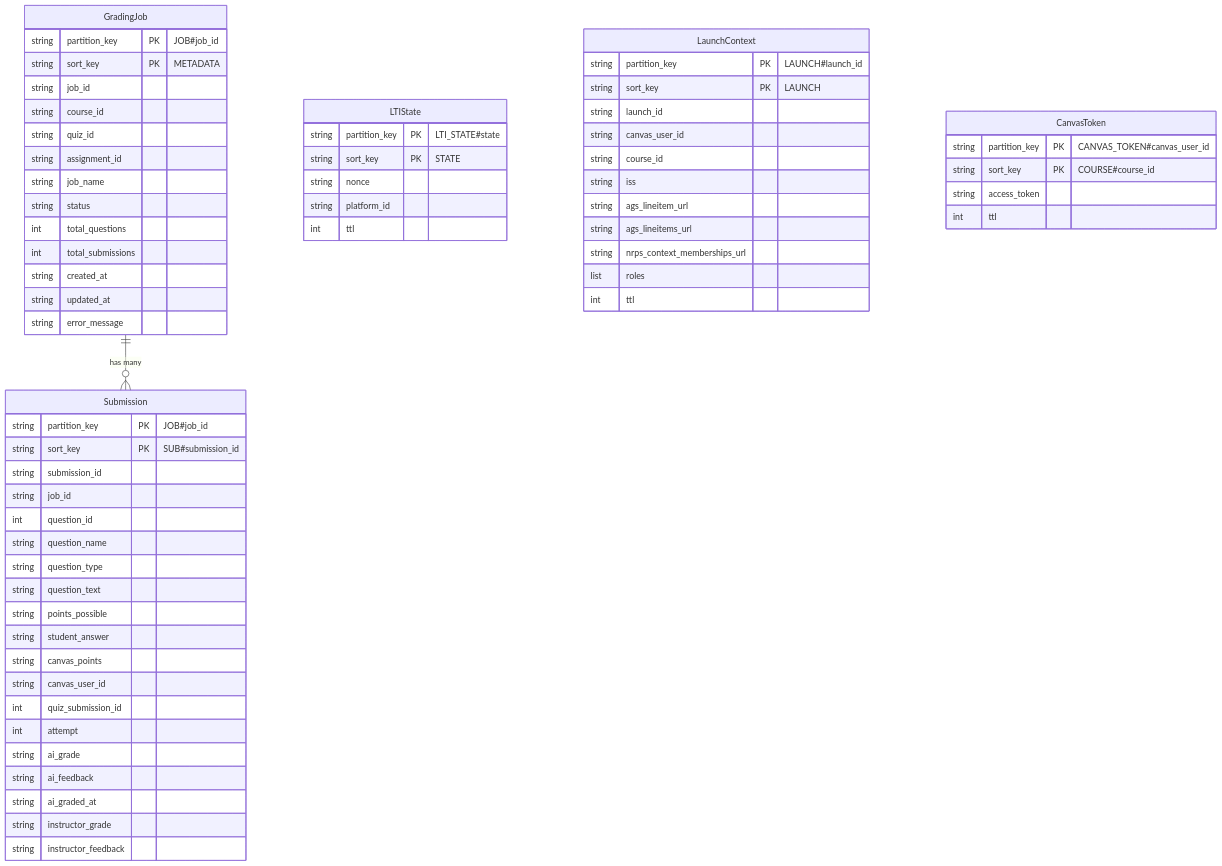
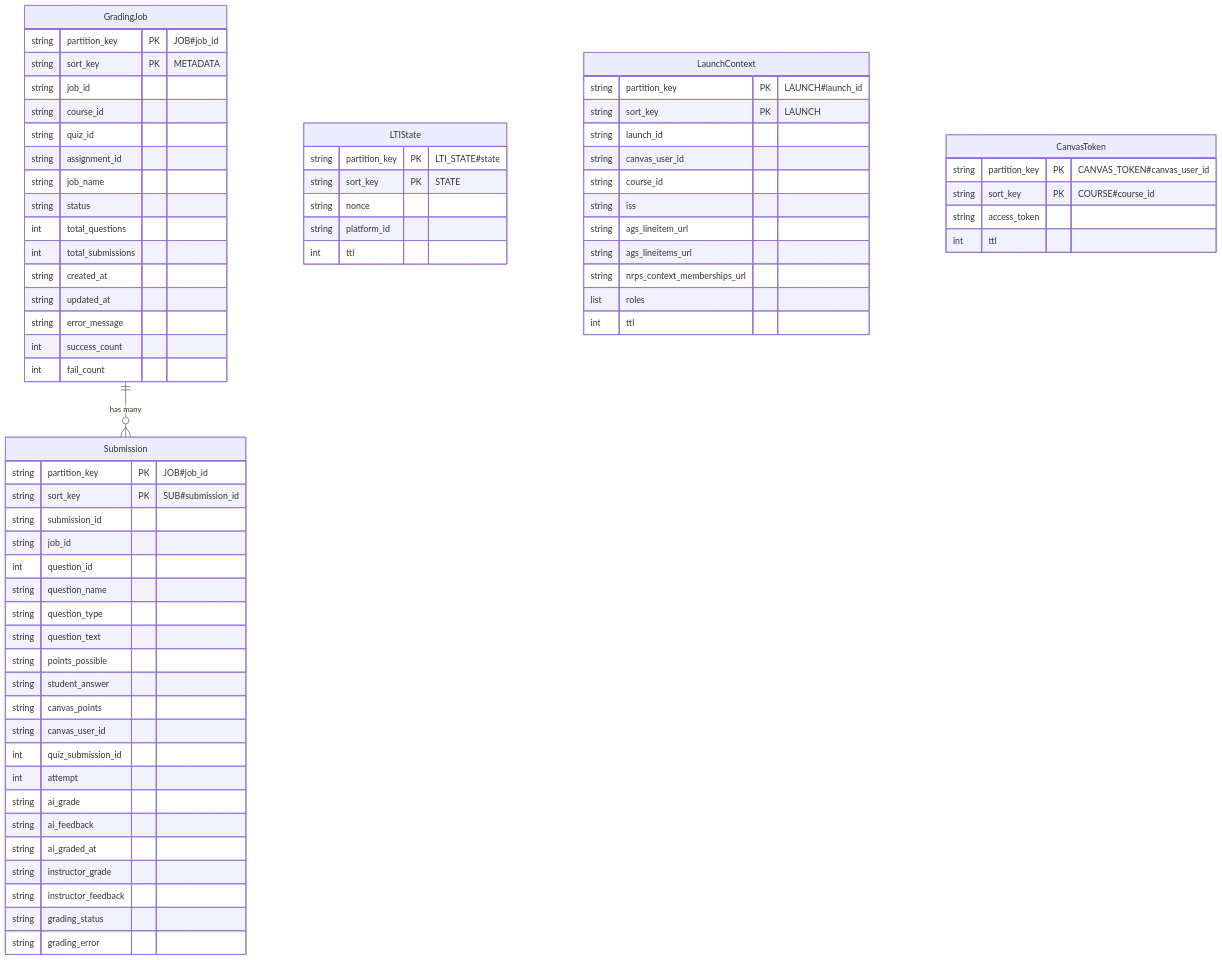
One commit to UBCForestryTLS/grading-helper-service changed the diagram in docs/data-models/index.md. Above: the diagram before and after it, drawn with Mermaid. The commit also changed other lines of this file and 5 other files, not shown here.

````diff
--- a/docs/data-models/index.md
+++ b/docs/data-models/index.md
@@ -9,71 +9,75 @@
 ```mermaid
 erDiagram
     GradingJob {
         string partition_key PK "JOB#job_id"
         string sort_key PK "METADATA"
         string job_id
         string course_id
         string quiz_id
         string assignment_id
         string job_name
         string status
         int total_questions
         int total_submissions
         string created_at
         string updated_at
         string error_message
+        int success_count
+        int fail_count
     }
 
     Submission {
         string partition_key PK "JOB#job_id"
         string sort_key PK "SUB#submission_id"
         string submission_id
         string job_id
         int question_id
         string question_name
         string question_type
         string question_text
         string points_possible
         string student_answer
         string canvas_points
         string canvas_user_id
         int quiz_submission_id
         int attempt
         string ai_grade
         string ai_feedback
         string ai_graded_at
         string instructor_grade
         string instructor_feedback
+        string grading_status
+        string grading_error
     }
 
     LTIState {
         string partition_key PK "LTI_STATE#state"
         string sort_key PK "STATE"
         string nonce
         string platform_id
         int ttl
     }
 
     LaunchContext {
         string partition_key PK "LAUNCH#launch_id"
         string sort_key PK "LAUNCH"
         string launch_id
         string canvas_user_id
         string course_id
         string iss
         string ags_lineitem_url
         string ags_lineitems_url
         string nrps_context_memberships_url
         list roles
         int ttl
     }
 
     CanvasToken {
         string partition_key PK "CANVAS_TOKEN#canvas_user_id"
         string sort_key PK "COURSE#course_id"
         string access_token
         int ttl
     }
 
     GradingJob ||--o{ Submission : "has many"
 ```
````
